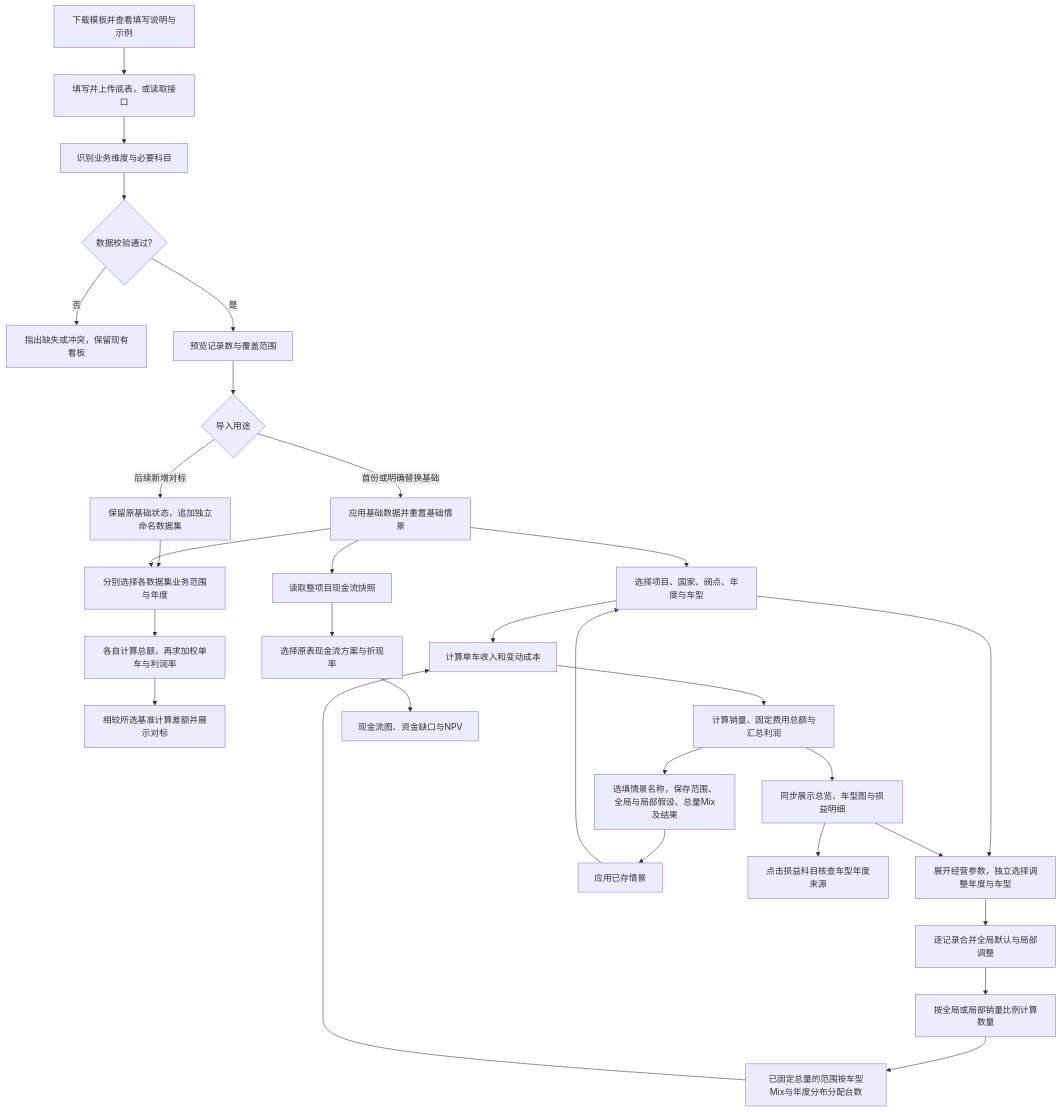
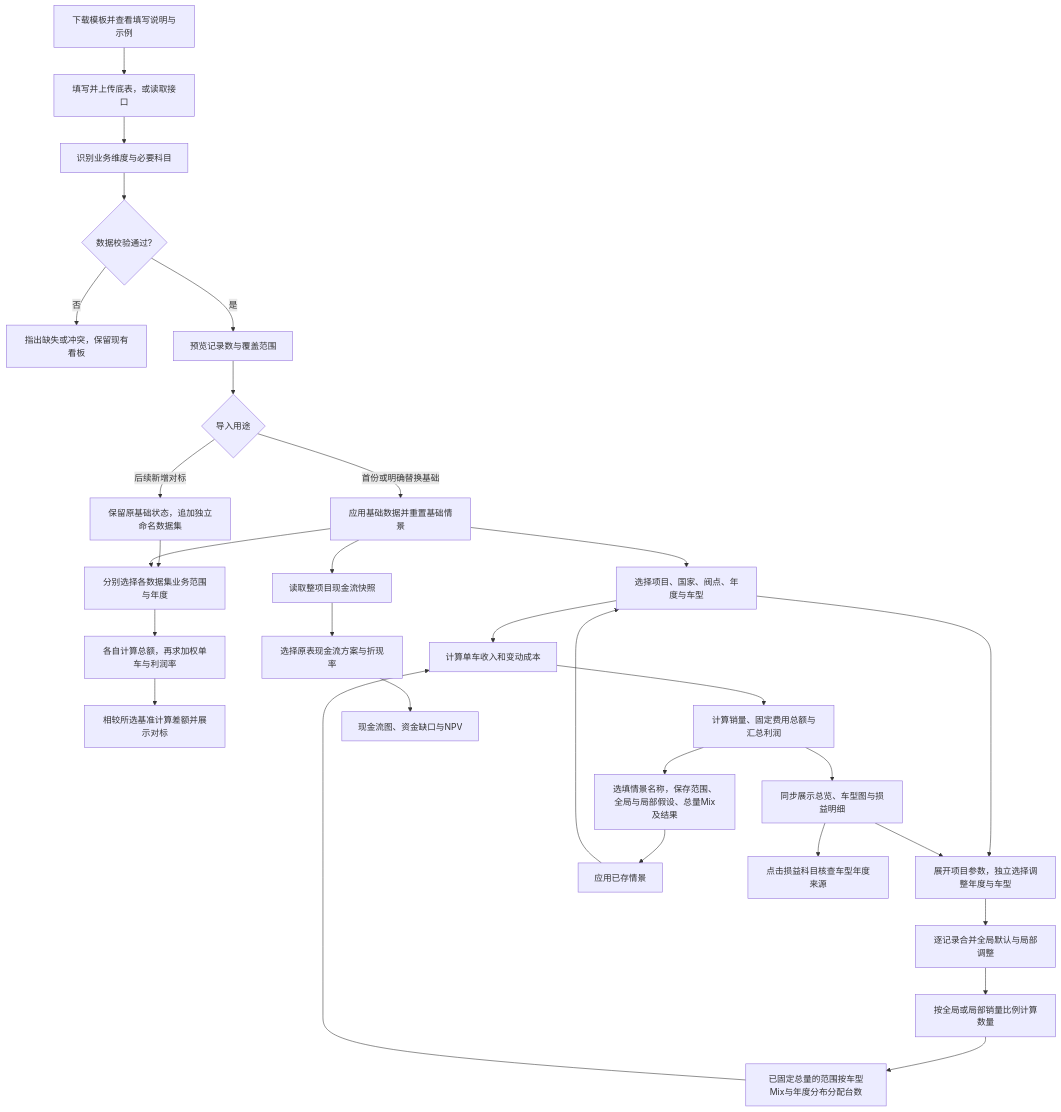
One commit to yinpengtao2002-ai/yinpengtao2002-ai.github.io changed the diagram in public/checkmi/业务逻辑说明.md. Above: the diagram before and after it, drawn with Mermaid. The commit also changed other lines of this file and 12 other files, not shown here.

````diff
--- a/public/checkmi/业务逻辑说明.md
+++ b/public/checkmi/业务逻辑说明.md
@@ -52,32 +66,32 @@
 ```mermaid
 flowchart TD
  A0[下载模板并查看填写说明与示例] --> A[填写并上传底表，或读取接口]
  A --> B[识别业务维度与必要科目]
  B --> C{数据校验通过?}
  C -- 否 --> D[指出缺失或冲突，保留现有看板]
  C -- 是 --> E[预览记录数与覆盖范围]
  E --> F0{导入用途}
  F0 -- 首份或明确替换基础 --> F[应用基础数据并重置基础情景]
  F0 -- 后续新增对标 --> B0[保留原基础状态，追加独立命名数据集]
  B0 --> B1[分别选择各数据集业务范围与年度]
  F --> B1
  B1 --> B2[各自计算总额，再求加权单车与利润率]
  B2 --> B3[相较所选基准计算差额并展示对标]
  F --> G[选择项目、国家、阀点、年度与车型]
  G --> H
- G --> K[展开经营参数，独立选择调整年度与车型]
+ G --> K[展开项目参数，独立选择调整年度与车型]
  K --> K2[逐记录合并全局默认与局部调整]
  K2 --> K3[按全局或局部销量比例计算数量]
  K3 --> K4[已固定总量的范围按车型Mix与年度分布分配台数]
  K4 --> H[计算单车收入和变动成本]
  H --> I[计算销量、固定费用总额与汇总利润]
  I --> J[同步展示总览、车型图与损益明细]
  J --> K
  I --> L[选填情景名称，保存范围、全局与局部假设、总量Mix及结果]
  L --> P[应用已存情景]
  P --> G
  J --> Q[点击损益科目核查车型年度来源]
  F --> M[读取整项目现金流快照]
  M --> N[选择原表现金流方案与折现率]
  N --> O[现金流图、资金缺口与NPV]
 ```
````
